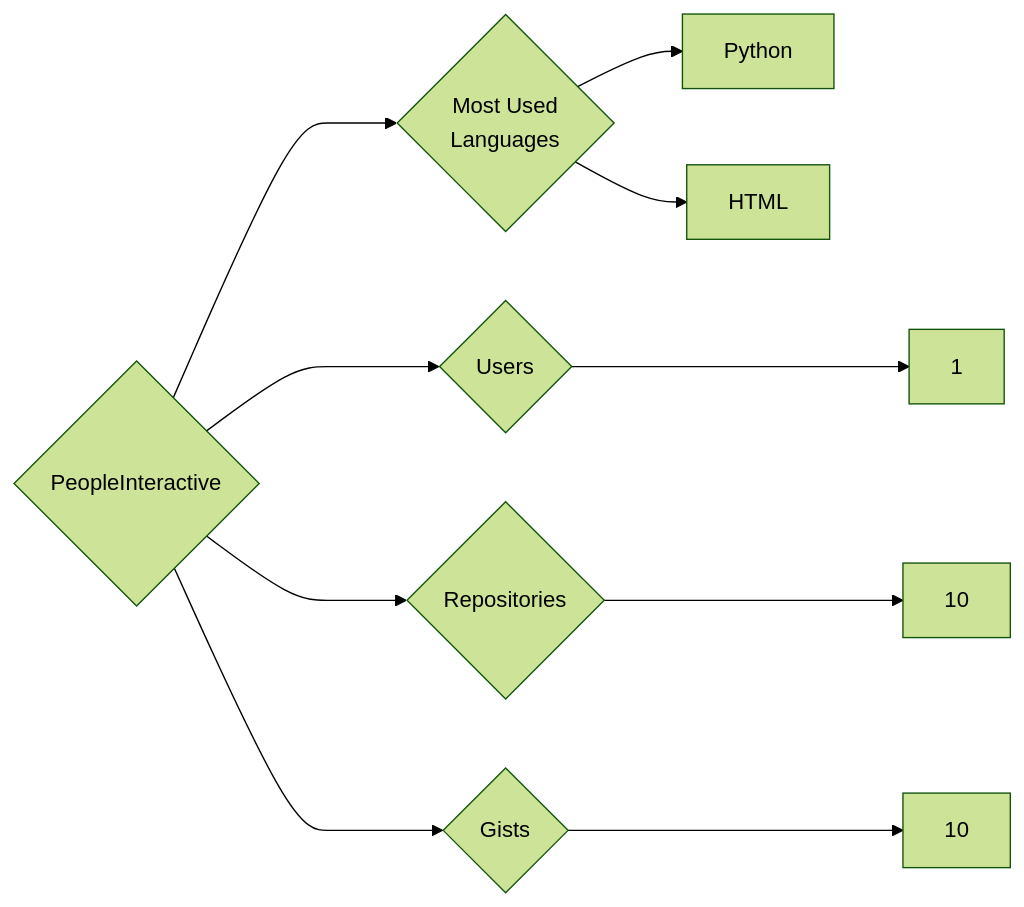
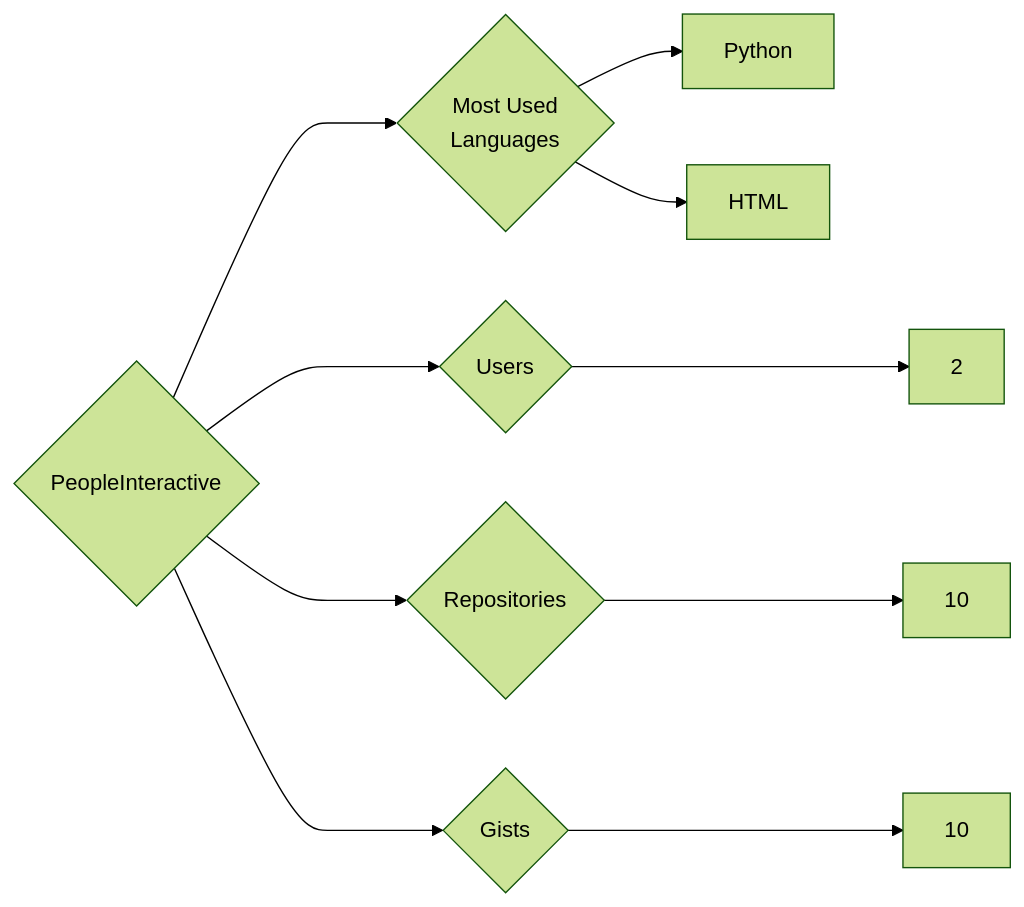
Before and after one commit to trickest/insiders: the diagram in targets/PeopleInteractive/README.md, drawn with Mermaid (forest theme). The commit also changed 748 other files, not shown here.

````diff
--- a/targets/PeopleInteractive/README.md
+++ b/targets/PeopleInteractive/README.md
@@ -3,10 +3,10 @@
 ```mermaid
 graph LR
 COMPANY_NAME{PeopleInteractive}
-COMPANY_NAME ---> U{Users} ---> UN[1]
+COMPANY_NAME ---> U{Users} ---> UN[2]
 COMPANY_NAME ---> R{Repositories} ---> RN[10]
 COMPANY_NAME ---> G{Gists} ---> GN[10]
 COMPANY_NAME ---> ML{Most Used<br>Languages}
 ML --> Python[Python]
 ML --> HTML[HTML]
 ```
````
